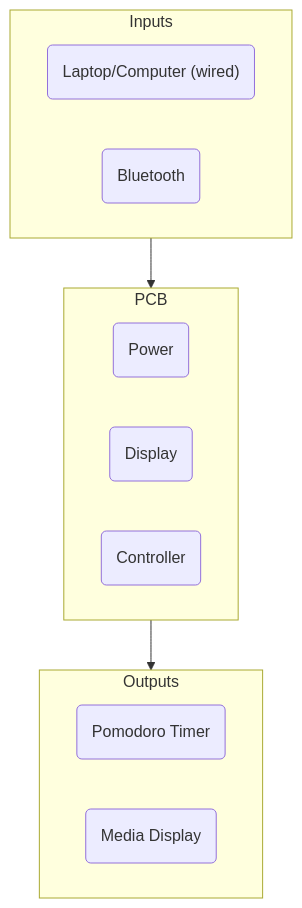
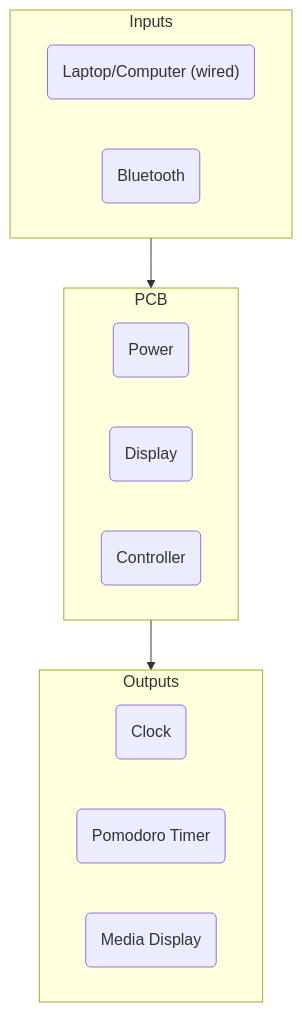
Before and after one commit to Drmarbles5/Desk-Clock-Timer-Thing: the diagram in README.md, drawn with Mermaid.

Commit message:
fix readme flowchart

````diff
--- a/README.md
+++ b/README.md
@@ -9,20 +9,21 @@
 ```mermaid
 flowchart TD
 	subgraph Inputs
 	I1("`Laptop/Computer (wired)`")
 	I2(Bluetooth)
 	end
 
 	subgraph PCB
 	D1(Power)
 	D2(Display)
 	D3(Controller)
 	end
 
 	subgraph Outputs
-	FO1(Pomodoro Timer)
-	FO2(Media Display)
+	FO1(Clock)
+	FO2(Pomodoro Timer)
+	FO3(Media Display)
 	end
 
 	Inputs --> PCB --> Outputs
 ```
````
